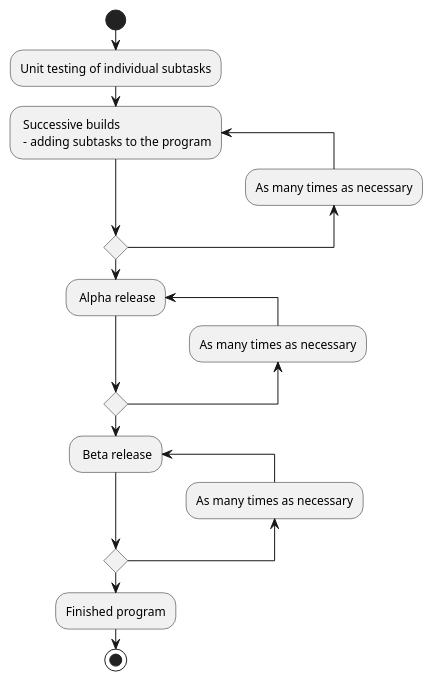
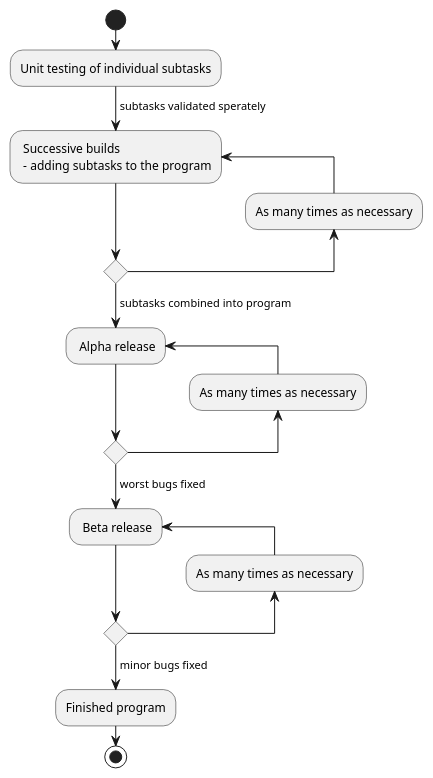
The fifth of 5 diagrams in doc/intro.md (UPPMAX/programming_formalisms_intro), drawn with PlantUML before and after one commit.

````diff
--- a/doc/intro.md
+++ b/doc/intro.md
@@ -544,19 +544,26 @@
 ```{uml}
 @startuml
 start
 :Unit testing of individual subtasks;
+-> subtasks validated sperately;
 repeat: Successive builds \n - adding subtasks to the program;
 backward:As many times as necessary;
 repeat while
+-> subtasks combined into program;
 repeat: Alpha release;
 backward:As many times as necessary;
 repeat while
+-> worst bugs fixed;
+
 repeat: Beta release;
 backward:As many times as necessary;
 repeat while
+-> minor bugs fixed;
 :Finished program;
 
 stop
 
 @enduml
+
+
 ```
````
